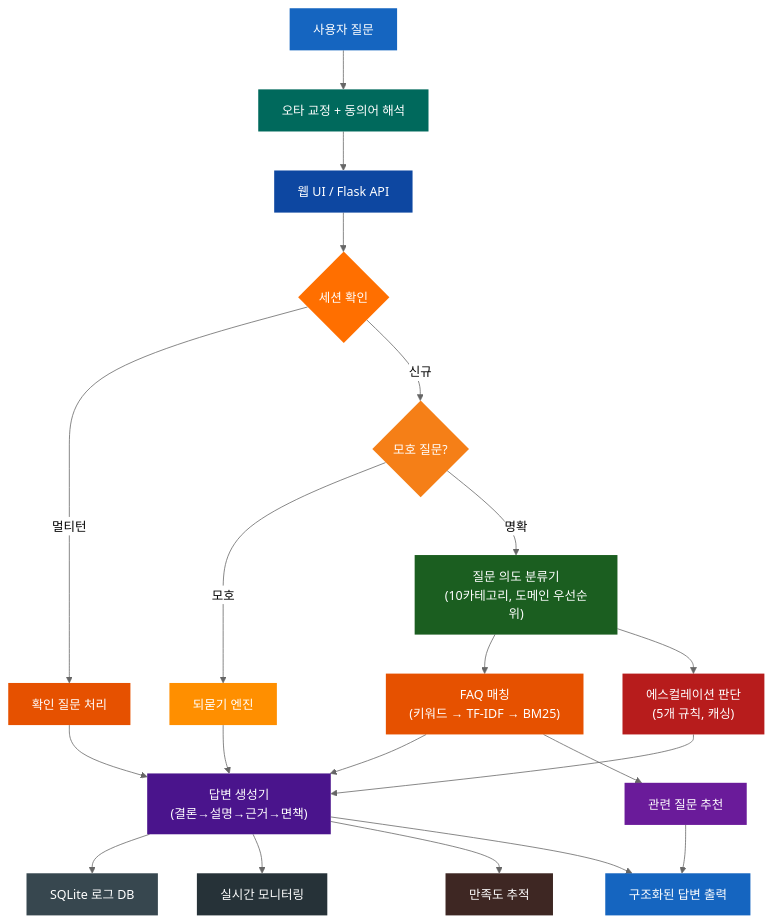
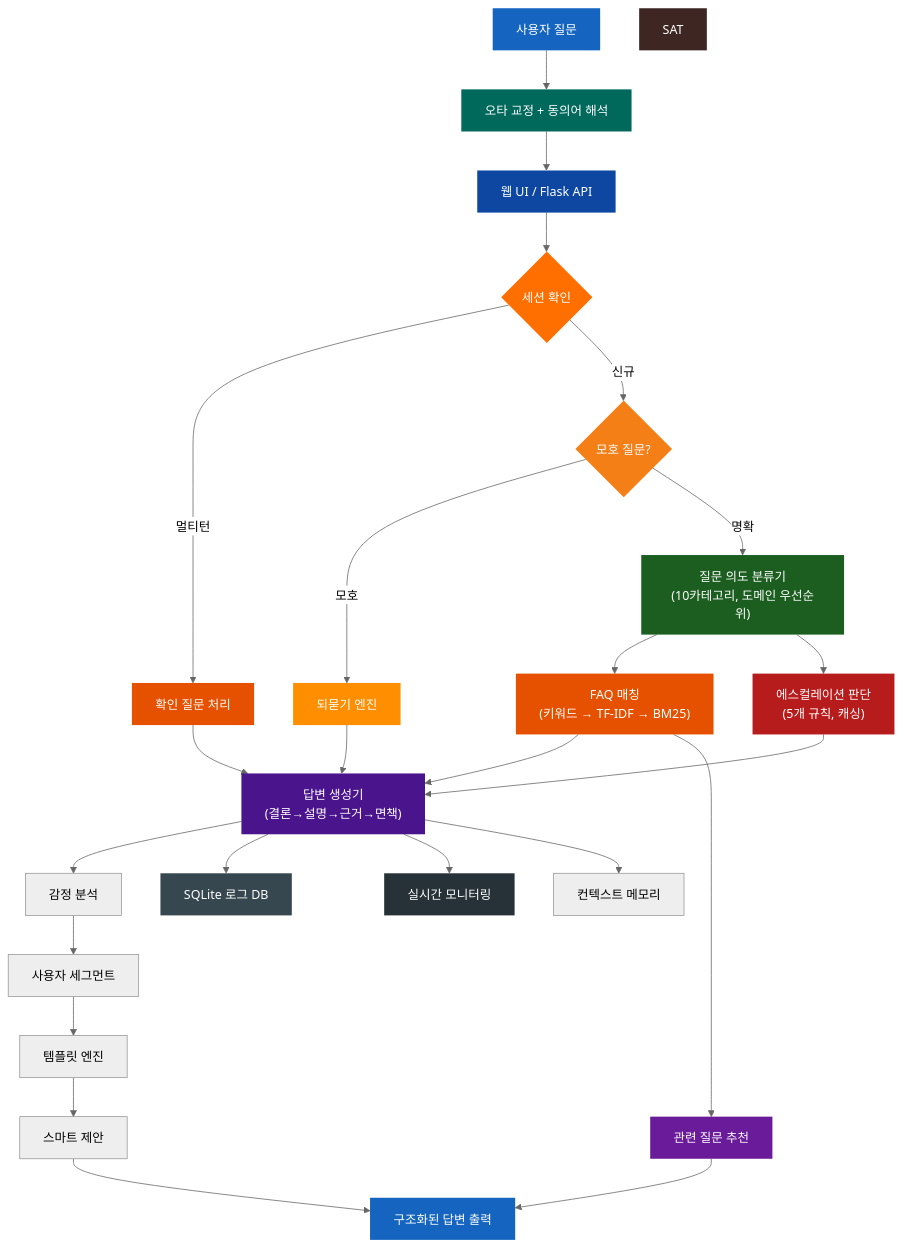
One commit to sun475300-sudo/bosebot changed the second of 7 diagrams in README.md. Above: the diagram before and after it, drawn with Mermaid (neutral theme). The commit also changed other lines of this file and 69 other files, not shown here.

````diff
--- a/README.md
+++ b/README.md
@@ -64,39 +132,43 @@
 ```mermaid
 flowchart TB
     A["사용자 질문"] --> SC["오타 교정 + 동의어 해석"]
     SC --> B["웹 UI / Flask API"]
     B --> S{"세션 확인"}
     S -->|멀티턴| MT["확인 질문 처리"]
     S -->|신규| CLR{"모호 질문?"}
     CLR -->|모호| ASK["되묻기 엔진"]
     CLR -->|명확| C["질문 의도 분류기<br/>(10카테고리, 도메인 우선순위)"]
     C --> D["FAQ 매칭<br/>(키워드 → TF-IDF → BM25)"]
     C --> E["에스컬레이션 판단<br/>(5개 규칙, 캐싱)"]
     D --> F["답변 생성기<br/>(결론→설명→근거→면책)"]
     D --> REC["관련 질문 추천"]
     E --> F
     MT --> F
     ASK --> F
+    F --> SENT["감정 분석"]
+    SENT --> SEG["사용자 세그먼트"]
+    SEG --> TMPL["템플릿 엔진"]
+    TMPL --> SUG["스마트 제안"]
+    SUG --> G["구조화된 답변 출력"]
     F --> LOG["SQLite 로그 DB"]
     F --> MON["실시간 모니터링"]
-    F --> SAT["만족도 추적"]
-    REC --> G["구조화된 답변 출력"]
-    F --> G
+    F --> CTX["컨텍스트 메모리"]
+    REC --> G
 
     style A fill:#1565C0,color:#fff,stroke:none
     style SC fill:#00695C,color:#fff,stroke:none
     style B fill:#0D47A1,color:#fff,stroke:none
     style S fill:#FF6F00,color:#fff,stroke:none
     style MT fill:#E65100,color:#fff,stroke:none
     style CLR fill:#F57F17,color:#fff,stroke:none
     style ASK fill:#FF8F00,color:#fff,stroke:none
     style C fill:#1B5E20,color:#fff,stroke:none
     style D fill:#E65100,color:#fff,stroke:none
     style E fill:#B71C1C,color:#fff,stroke:none
     style F fill:#4A148C,color:#fff,stroke:none
     style REC fill:#6A1B9A,color:#fff,stroke:none
     style LOG fill:#37474F,color:#fff,stroke:none
     style MON fill:#263238,color:#fff,stroke:none
     style SAT fill:#3E2723,color:#fff,stroke:none
     style G fill:#1565C0,color:#fff,stroke:none
 ```
````
